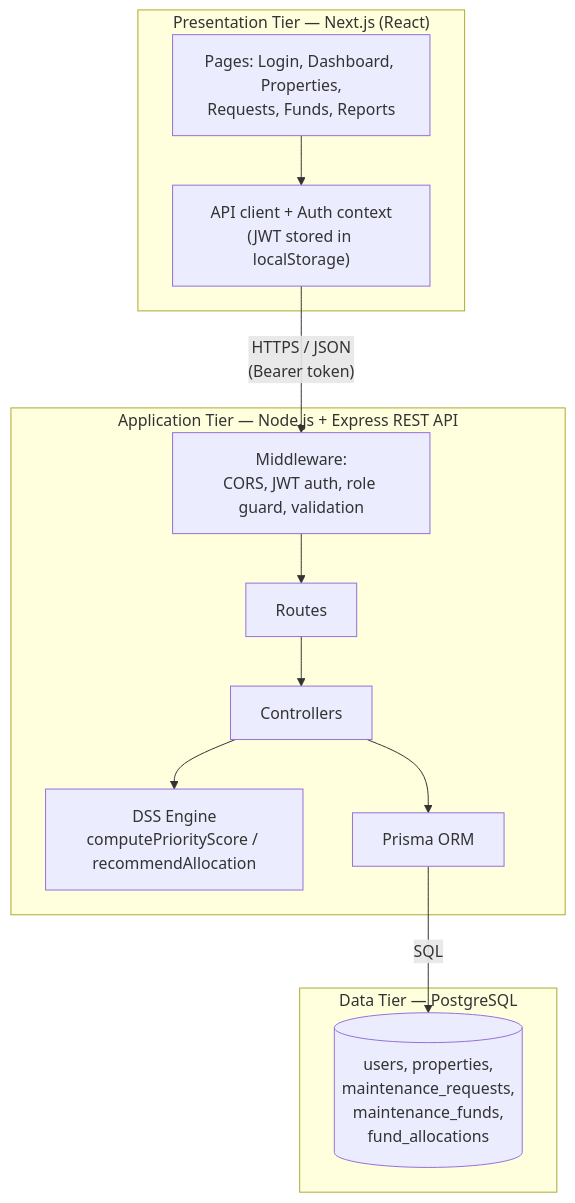
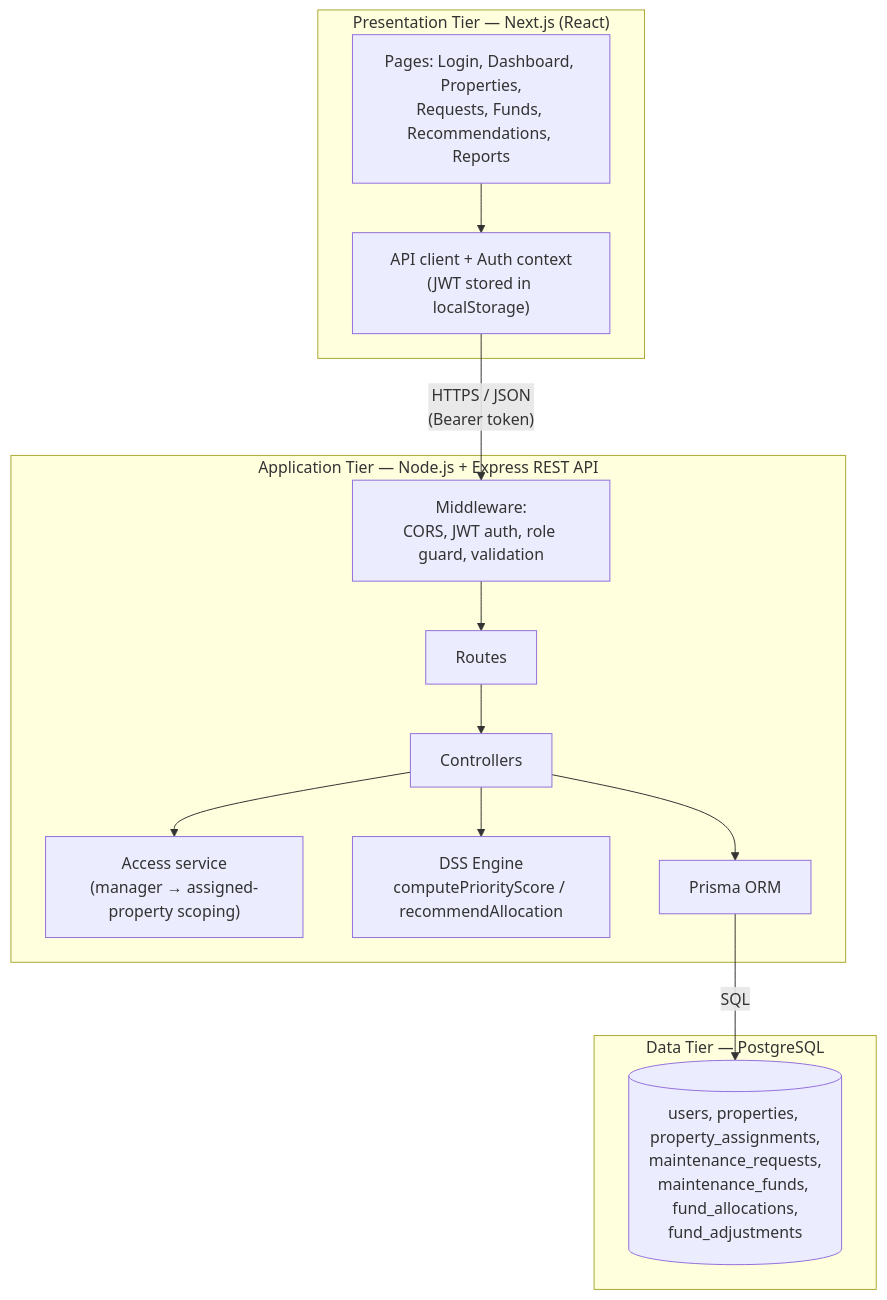
The first of 10 diagrams in docs/diagrams.md (Eseohenobhen/property-dss), drawn with Mermaid before and after one commit. The commit also changed other lines of this file and 19 other files, not shown here.

Commit message:
updated diagrams and images

````diff
--- a/docs/diagrams.md
+++ b/docs/diagrams.md
@@ -10,26 +10,28 @@
 ```mermaid
 graph TB
   subgraph Client["Presentation Tier — Next.js (React)"]
-    UI["Pages: Login, Dashboard, Properties,<br/>Requests, Funds, Reports"]
+    UI["Pages: Login, Dashboard, Properties,<br/>Requests, Funds, Recommendations, Reports"]
     APIClient["API client + Auth context<br/>(JWT stored in localStorage)"]
     UI --> APIClient
   end
 
   subgraph Server["Application Tier — Node.js + Express REST API"]
     MW["Middleware:<br/>CORS, JWT auth, role guard, validation"]
     RT["Routes"]
     CTRL["Controllers"]
+    ACCESS["Access service<br/>(manager → assigned-property scoping)"]
     DSS["DSS Engine<br/>computePriorityScore / recommendAllocation"]
     ORM["Prisma ORM"]
     MW --> RT --> CTRL
+    CTRL --> ACCESS
     CTRL --> DSS
     CTRL --> ORM
   end
 
   subgraph Data["Data Tier — PostgreSQL"]
-    DB[("users, properties,<br/>maintenance_requests,<br/>maintenance_funds,<br/>fund_allocations")]
+    DB[("users, properties, property_assignments,<br/>maintenance_requests,<br/>maintenance_funds, fund_allocations,<br/>fund_adjustments")]
   end
 
   APIClient -- "HTTPS / JSON<br/>(Bearer token)" --> MW
   ORM -- "SQL" --> DB
 ```
````
